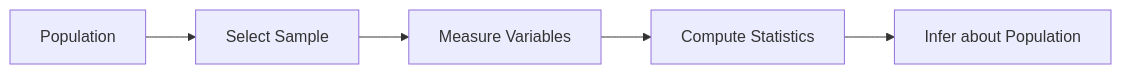
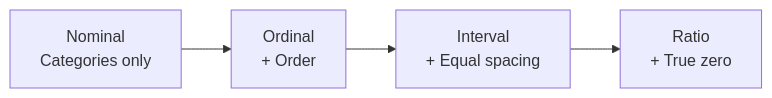
The second of 2 diagrams in content/sta202/introduction-to-statistics.mdx (biigmercury/My_Study_App), drawn with Mermaid before and after one commit. The commit also changed other lines of this file and 22 other files, not shown here.

````diff
--- a/content/sta202/introduction-to-statistics.mdx
+++ b/content/sta202/introduction-to-statistics.mdx
@@ -70,7 +108,6 @@
 ```mermaid
-flowchart LR
-A[Population] --> B[Select Sample]
-B --> C[Measure Variables]
-C --> D[Compute Statistics]
-D --> E[Infer about Population]
+graph LR
+    A[Nominal<br/>Categories only] --> B[Ordinal<br/>+ Order]
+    B --> C[Interval<br/>+ Equal spacing]
+    C --> D[Ratio<br/>+ True zero]
 ```
````
